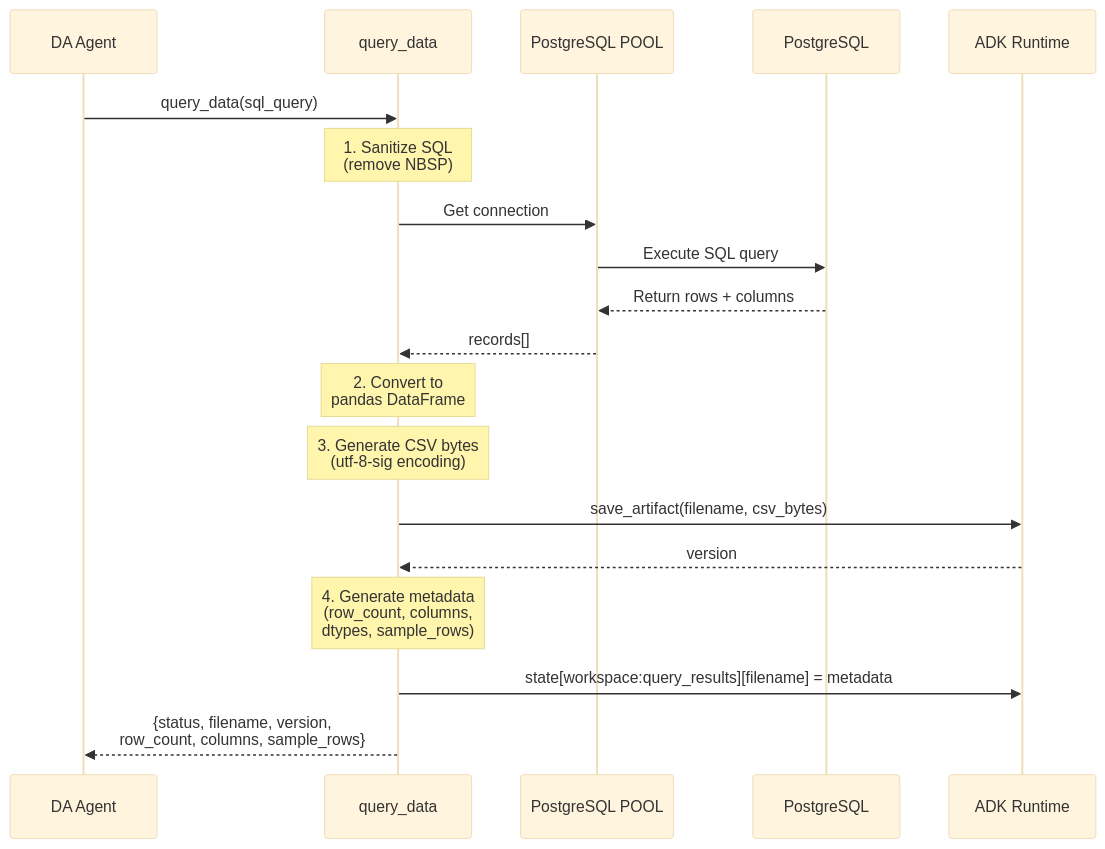
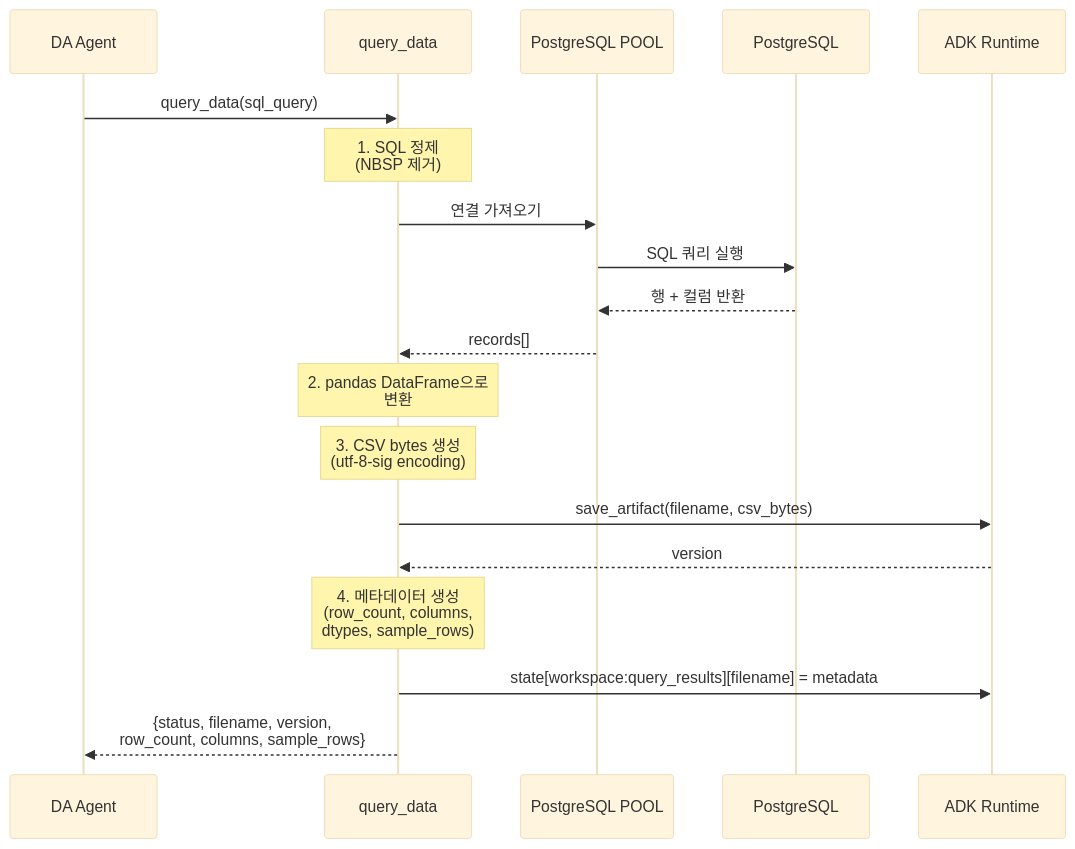
Before and after one commit to beyonwr/agent-adk-data-search: the second of 6 diagrams in data_toolbox_archi.md, drawn with Mermaid (base theme). The commit also changed other lines of this file, not shown here.

````diff
--- a/data_toolbox_archi.md
+++ b/data_toolbox_archi.md
@@ -60,30 +60,30 @@
 ```mermaid
 sequenceDiagram
     participant Agent as DA Agent
     participant QueryTool as query_data
     participant POOL as PostgreSQL POOL
     participant DB as PostgreSQL
     participant ADK as ADK Runtime
 
     Agent->>QueryTool: query_data(sql_query)
 
-    Note over QueryTool: 1. Sanitize SQL<br/>(remove NBSP)
+    Note over QueryTool: 1. SQL 정제<br/>(NBSP 제거)
 
-    QueryTool->>POOL: Get connection
-    POOL->>DB: Execute SQL query
-    DB-->>POOL: Return rows + columns
+    QueryTool->>POOL: 연결 가져오기
+    POOL->>DB: SQL 쿼리 실행
+    DB-->>POOL: 행 + 컬럼 반환
     POOL-->>QueryTool: records[]
 
-    Note over QueryTool: 2. Convert to<br/>pandas DataFrame
+    Note over QueryTool: 2. pandas DataFrame으로<br/>변환
 
-    Note over QueryTool: 3. Generate CSV bytes<br/>(utf-8-sig encoding)
+    Note over QueryTool: 3. CSV bytes 생성<br/>(utf-8-sig encoding)
 
     QueryTool->>ADK: save_artifact(filename, csv_bytes)
     ADK-->>QueryTool: version
 
-    Note over QueryTool: 4. Generate metadata<br/>(row_count, columns,<br/>dtypes, sample_rows)
+    Note over QueryTool: 4. 메타데이터 생성<br/>(row_count, columns,<br/>dtypes, sample_rows)
 
     QueryTool->>ADK: state[workspace:query_results][filename] = metadata
 
     QueryTool-->>Agent: {status, filename, version,<br/>row_count, columns, sample_rows}
 ```
````
